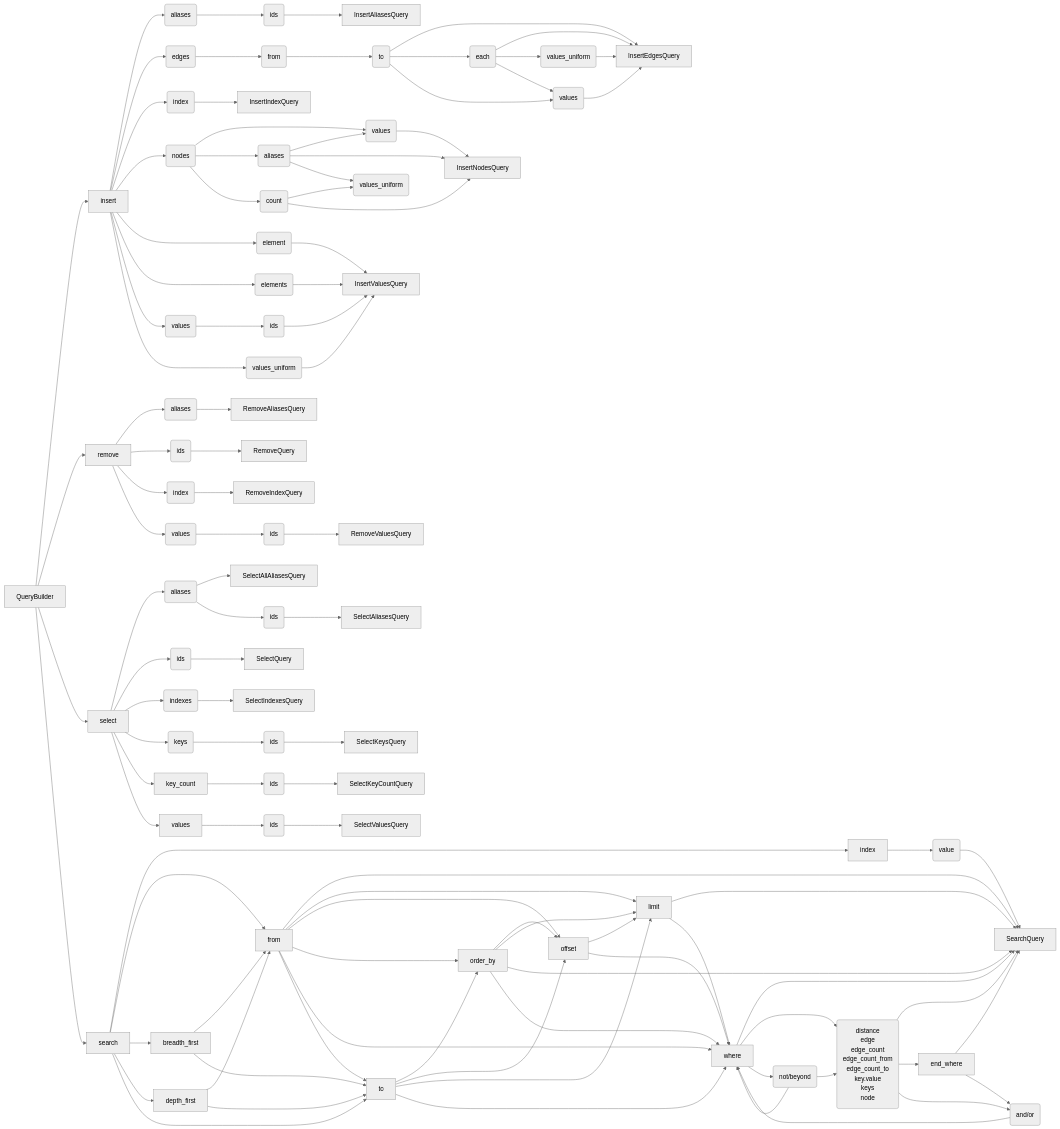
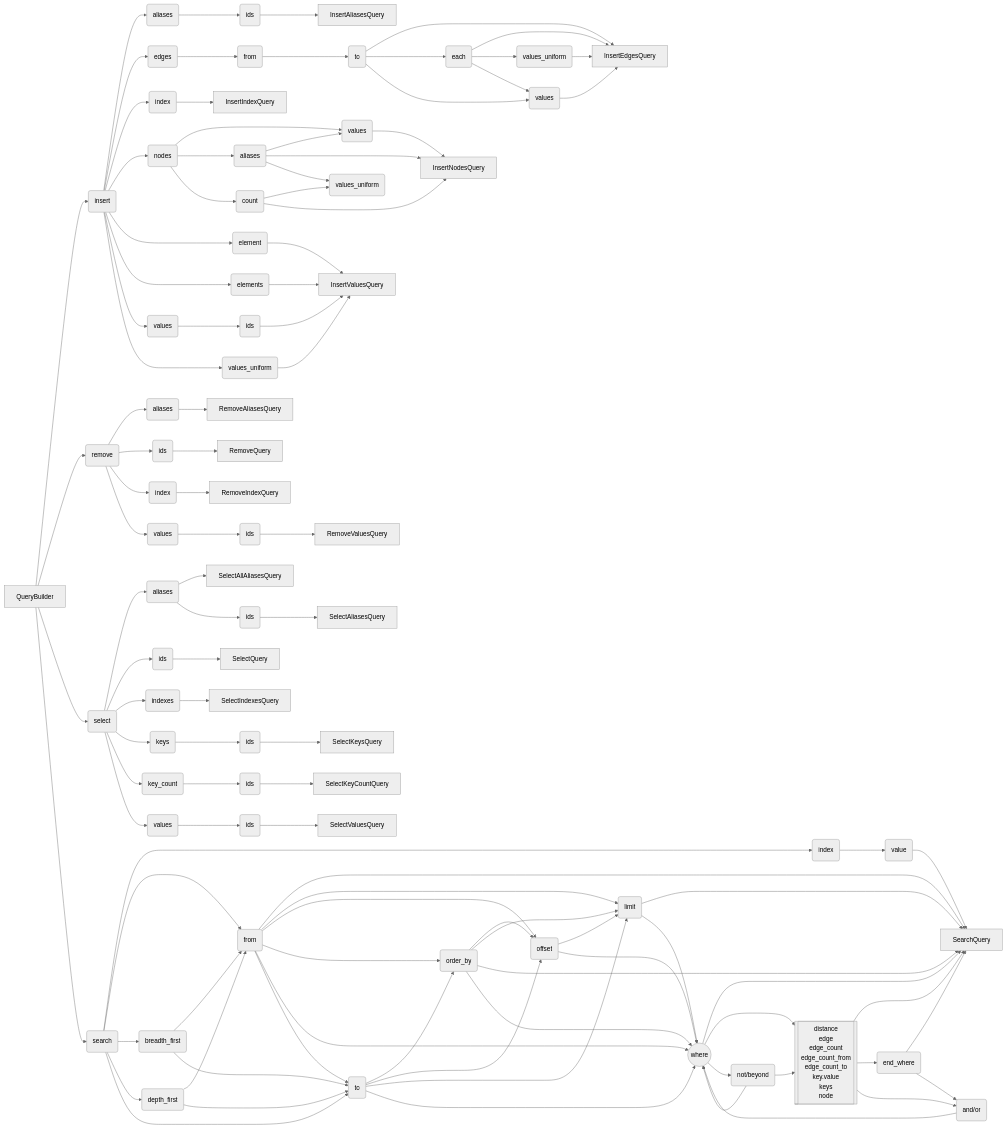
The diagram in docs/queries.md (agnesoft/agdb), drawn with Mermaid (neutral theme) before and after one commit.

````diff
--- a/docs/queries.md
+++ b/docs/queries.md
@@ -3,78 +3,77 @@
 ```mermaid
 flowchart LR
 
-    QueryBuilder --> insert
-    QueryBuilder --> remove
-    QueryBuilder --> select
-    QueryBuilder --> search
+    QueryBuilder --> insert("insert")
+    QueryBuilder --> remove("remove")
+    QueryBuilder --> select("select")
+    QueryBuilder --> search("search")
 
     insert --> i_aliases("aliases") --> i_a_ids("ids") --> InsertAliasesQuery
     insert --> i_edges("edges") --> i_e_from("from") --> i_e_to("to") --> InsertEdgesQuery
     i_e_to --> each("each") --> InsertEdgesQuery
     i_e_to --> i_e_values("values")
     each --> i_e_values_uniform("values_uniform") --> InsertEdgesQuery
     each --> i_e_values("values") --> InsertEdgesQuery
     insert --> i_index("index") --> InsertIndexQuery
     insert --> i_nodes("nodes")   
     i_nodes --> i_n_values("values") --> InsertNodesQuery   
     i_nodes --> i_n_aliases("aliases")
     i_n_count --> i_n_values_uniform("values_uniform")
     i_n_aliases --> i_n_values
     i_n_aliases --> InsertNodesQuery
     i_n_aliases --> i_n_values_uniform
     i_nodes --> i_n_count("count") --> InsertNodesQuery
     insert --> i_element("element") --> InsertValuesQuery
     insert --> i_elements("elements") --> InsertValuesQuery
     insert --> i_values("values")
     i_values --> i_v_ids("ids") --> InsertValuesQuery
     insert --> i_values_uniform("values_uniform") --> InsertValuesQuery
 
     remove --> r_aliases("aliases") --> RemoveAliasesQuery
     remove --> r_ids("ids") --> RemoveQuery
     remove --> r_index("index") --> RemoveIndexQuery
     remove --> r_values("values") --> r_v_ids("ids") --> RemoveValuesQuery
 
     select --> s_aliases("aliases") --> SelectAllAliasesQuery
     s_aliases --> s_a_ids("ids") --> SelectAliasesQuery
     select --> s_ids("ids") --> SelectQuery
     select --> s_indexes("indexes") --> SelectIndexesQuery
     select --> s_keys("keys") --> s_k_ids("ids") --> SelectKeysQuery
-    select --> key_count --> s_k_c_ids("ids") --> SelectKeyCountQuery
-    select --> values --> s_v_ids("ids") --> SelectValuesQuery
+    select --> key_count("key_count") --> s_k_c_ids("ids") --> SelectKeyCountQuery
+    select --> values("values") --> s_v_ids("ids") --> SelectValuesQuery
 
-    search --> index --> s_i_value("value") --> SearchQuery
-    search --> from --> SearchQuery
-    from --> limit --> SearchQuery
-    from --> offset
+    search --> index("index") --> s_i_value("value") --> SearchQuery
+    search --> from("from") --> SearchQuery
+    from --> limit("limit") --> SearchQuery
+    from --> offset("offset")
     offset --> limit
-    from --> order_by
+    from --> order_by("order_by")
     order_by --> offset
     order_by --> limit
     order_by --> SearchQuery
     from --> where --> SearchQuery
-    from --> to
+    from --> to("to")
     to --> order_by
     to --> offset
     to --> limit
-    search --> breadth_first --> from
-    search --> depth_first --> from
+    search --> breadth_first("breadth_first") --> from
+    search --> depth_first("depth_first") --> from
     search --> to
     depth_first --> to
     breadth_first --> to
-    to --> where
+    to --> where(("where"))
     order_by --> where
     offset --> where
     limit --> where
 
     condition --> SearchQuery
-    end_where --> SearchQuery
+    end_where("end_where") --> SearchQuery
     where --> condition
     modifier --> where
     condition --> end_where
     end_where --> logic
     where --> modifier("not/beyond")
-    modifier --> condition("distance<br/>edge<br/>edge_count<br/>edge_count_from<br/>edge_count_to<br/>key.value<br/>keys<br/>node")
+    modifier --> condition[["distance<br/>edge<br/>edge_count<br/>edge_count_from<br/>edge_count_to<br/>key.value<br/>keys<br/>node"]]
     condition --> logic("and/or")
     logic --> where
-
 ```
````
